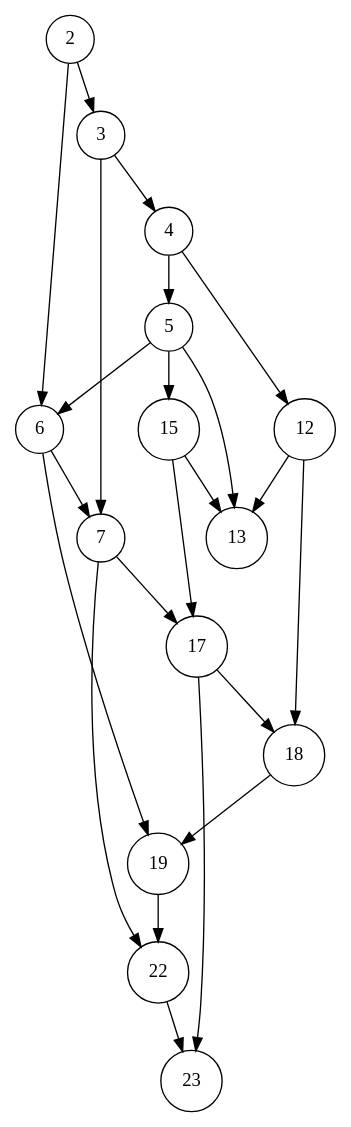
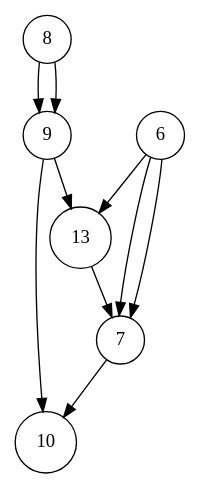
Before and after one commit to gintskk/execution-log-parser: the diagram in execution_4.dot, drawn with Graphviz. The commit also changed 19 other files, not shown here.

```diff
--- a/execution_4.dot
+++ b/execution_4.dot
@@ -1,25 +1,12 @@
 digraph execution {
   node [shape=circle];
-  19 -> 22;
-  22 -> 23;
-  5 -> 6;
-  5 -> 15;
-  5 -> 13;
-  3 -> 4;
-  3 -> 7;
-  7 -> 22;
-  7 -> 17;
-  18 -> 19;
-  2 -> 3;
-  2 -> 6;
-  12 -> 13;
-  12 -> 18;
+  13 -> 7;
+  7 -> 10;
   6 -> 7;
-  6 -> 19;
-  17 -> 18;
-  17 -> 23;
-  4 -> 5;
-  4 -> 12;
-  15 -> 17;
-  15 -> 13;
+  6 -> 13;
+  6 -> 7;
+  9 -> 13;
+  9 -> 10;
+  8 -> 9;
+  8 -> 9;
 }
```
